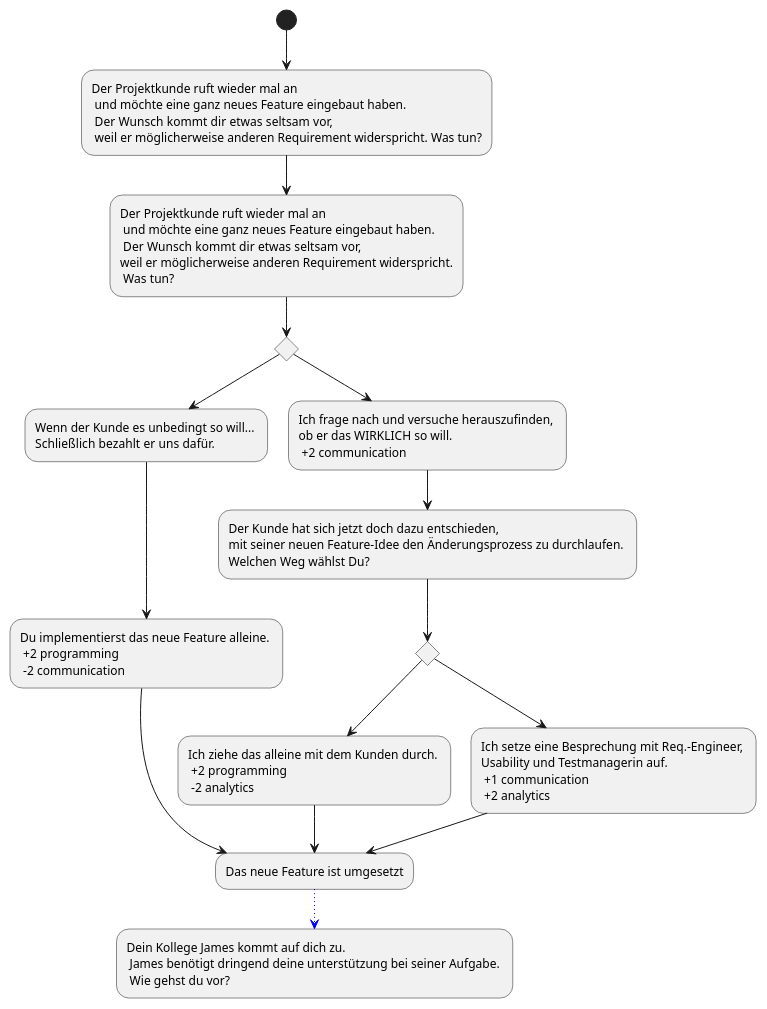
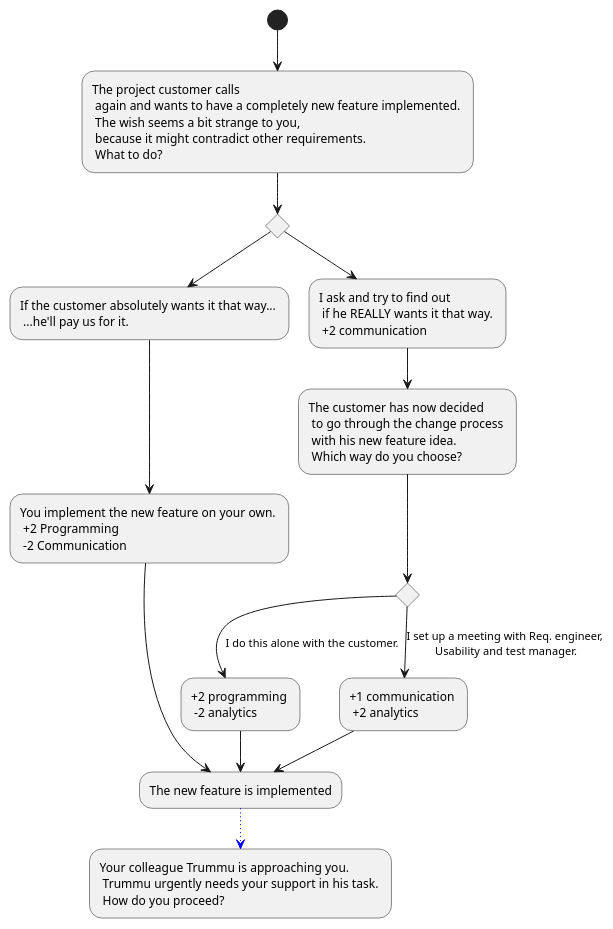
The diagram in Docs/Technical Specifications/docs/diagrams/StoryFlow/StoryFlow_Decision_13.puml (Brotenko/QualityQuest), drawn with PlantUML before and after one commit. The commit also changed 14 other files, not shown here.

```diff
--- a/Docs/Technical Specifications/docs/diagrams/StoryFlow/StoryFlow_Decision_13.puml
+++ b/Docs/Technical Specifications/docs/diagrams/StoryFlow/StoryFlow_Decision_13.puml
@@ -1,23 +1,22 @@
 @startuml
-(*) --> "Der Projektkunde ruft wieder mal an \n und möchte eine ganz neues Feature eingebaut haben.\n Der Wunsch kommt dir etwas seltsam vor, \n weil er möglicherweise anderen Requirement widerspricht. Was tun?" as f 
+(*) --> "The project customer calls \n again and wants to have a completely new feature implemented. \n The wish seems a bit strange to you, \n because it might contradict other requirements.\n What to do?" as f 
 'if "" then 
 '--> [Du arbeitest einfach drauf los.] "f"
---> "Der Projektkunde ruft wieder mal an \n und möchte eine ganz neues Feature eingebaut haben. \n Der Wunsch kommt dir etwas seltsam vor, \nweil er möglicherweise anderen Requirement widerspricht.\n Was tun?"
 if " " then
---> "Wenn der Kunde es unbedingt so will... \nSchließlich bezahlt er uns dafür."
---> "Du implementierst das neue Feature alleine. \n +2 programming \n -2 communication" as c
+--> "If the customer absolutely wants it that way... \n ...he'll pay us for it."
+--> "You implement the new feature on your own. \n +2 Programming \n -2 Communication" as c
 else
---> "Ich frage nach und versuche herauszufinden, \nob er das WIRKLICH so will. \n +2 communication"
+--> "I ask and try to find out \n if he REALLY wants it that way. \n +2 communication"
 endif
 'Vorbedingung: Nur wenn zuvor gewählt wurde, mit dem Kunden nochmal darüber zu reden!
---> "Der Kunde hat sich jetzt doch dazu entschieden, \nmit seiner neuen Feature-Idee den Änderungsprozess zu durchlaufen. \nWelchen Weg wählst Du?"
+--> "The customer has now decided \n to go through the change process \n with his new feature idea. \n Which way do you choose?"
 if " " then
---> "Ich ziehe das alleine mit dem Kunden durch. \n +2 programming \n -2 analytics" as a
+--> [I do this alone with the customer.] "+2 programming \n -2 analytics" as a
 else
---> "Ich setze eine Besprechung mit Req.-Engineer, \nUsability und Testmanagerin auf. \n +1 communication \n +2 analytics" as b
---> "Das neue Feature ist umgesetzt" as fertig
+--> [I set up a meeting with Req. engineer, \nUsability and test manager.] "+1 communication \n +2 analytics" as b
+--> "The new feature is implemented" as fertig
 endif
 a --> fertig
 c --> fertig
--[#blue,dotted]-> "Dein Kollege James kommt auf dich zu.\n James benötigt dringend deine unterstützung bei seiner Aufgabe. \n Wie gehst du vor?"
+-[#blue,dotted]-> "Your colleague Trummu is approaching you.\n Trummu urgently needs your support in his task. \n How do you proceed?"
 @enduml
```
